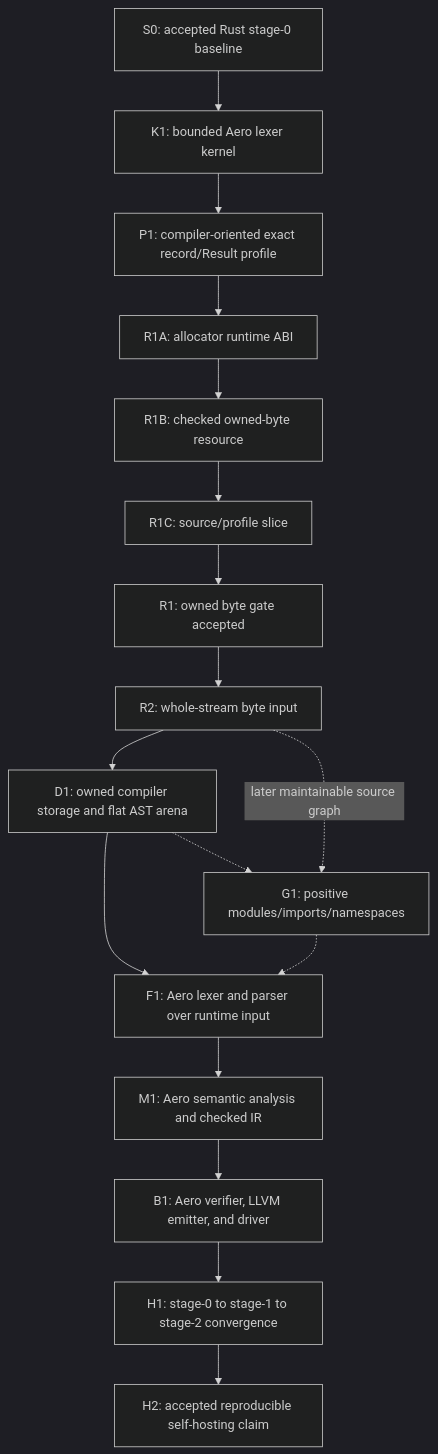
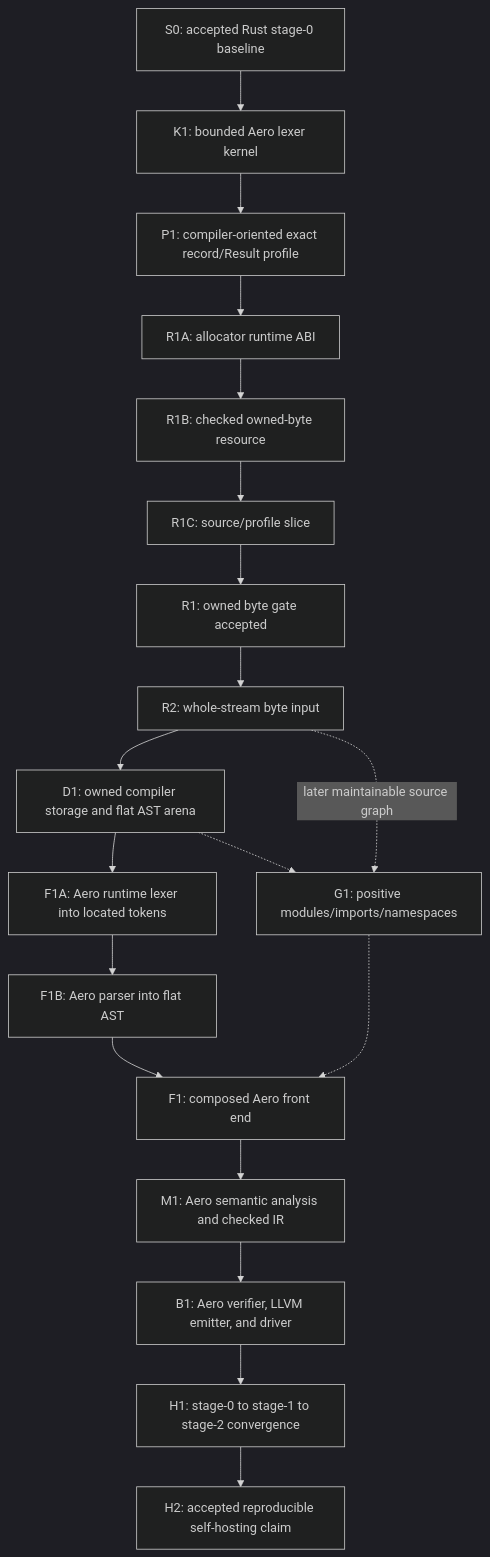
One commit to RobVanProd/Aero changed the diagram in SELF_HOSTING_ROADMAP.md. Above: the diagram before and after it, drawn with Mermaid (dark theme). The commit also changed other lines of this file and 4 other files, not shown here.

````diff
--- a/SELF_HOSTING_ROADMAP.md
+++ b/SELF_HOSTING_ROADMAP.md
@@ -154,19 +169,21 @@
 ```mermaid
 flowchart TD
     S0["S0: accepted Rust stage-0 baseline"] --> K1["K1: bounded Aero lexer kernel"]
     K1 --> P1["P1: compiler-oriented exact record/Result profile"]
     P1 --> R1A["R1A: allocator runtime ABI"]
     R1A --> R1B["R1B: checked owned-byte resource"]
     R1B --> R1C["R1C: source/profile slice"]
     R1C --> R1["R1: owned byte gate accepted"]
     R1 --> R2["R2: whole-stream byte input"]
     R2 --> D1["D1: owned compiler storage and flat AST arena"]
-    D1 --> F1["F1: Aero lexer and parser over runtime input"]
+    D1 --> F1A["F1A: Aero runtime lexer into located tokens"]
+    F1A --> F1B["F1B: Aero parser into flat AST"]
+    F1B --> F1["F1: composed Aero front end"]
     F1 --> M1["M1: Aero semantic analysis and checked IR"]
     M1 --> B1["B1: Aero verifier, LLVM emitter, and driver"]
     B1 --> H1["H1: stage-0 to stage-1 to stage-2 convergence"]
     H1 --> H2["H2: accepted reproducible self-hosting claim"]
     R2 -. "later maintainable source graph" .-> G1["G1: positive modules/imports/namespaces"]
     D1 -.-> G1
     G1 -.-> F1
 ```
````
